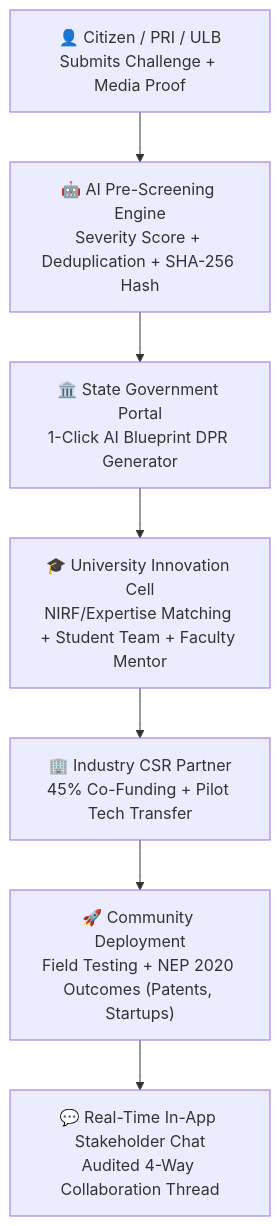
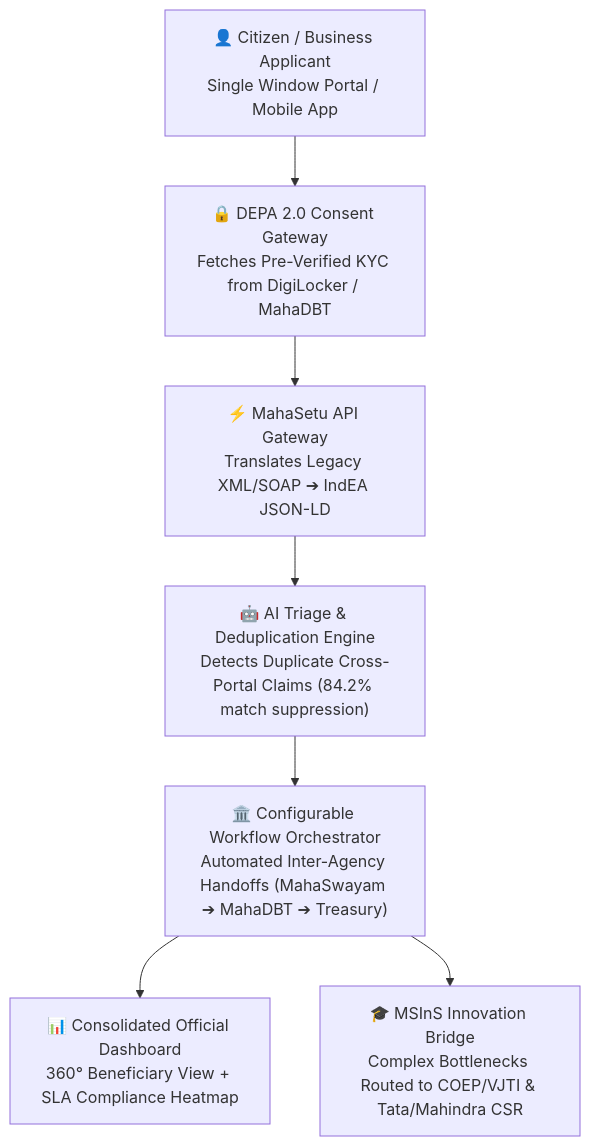
The diagram in sih_2026_submission_attachments/SIH2026_File1_Project_Datasheet.md (SreeNaresh1/SIH_129), drawn with Mermaid before and after one commit. The commit also changed other lines of this file and 63 other files, not shown here.

First line of the commit message:
feat: complete transition to SIH Problem Statement 26129 - MahaSetu Government Interoperability Platform

````diff
--- a/sih_2026_submission_attachments/SIH2026_File1_Project_Datasheet.md
+++ b/sih_2026_submission_attachments/SIH2026_File1_Project_Datasheet.md
@@ -48,9 +58,9 @@
 ```mermaid
 graph TD
-    A["👤 Citizen / PRI / ULB<br/>Submits Challenge + Media Proof"] --> B["🤖 AI Pre-Screening Engine<br/>Severity Score + Deduplication + SHA-256 Hash"]
-    B --> C["🏛️ State Government Portal<br/>1-Click AI Blueprint DPR Generator"]
-    C --> D["🎓 University Innovation Cell<br/>NIRF/Expertise Matching + Student Team + Faculty Mentor"]
-    D --> E["🏢 Industry CSR Partner<br/>45% Co-Funding + Pilot Tech Transfer"]
-    E --> F["🚀 Community Deployment<br/>Field Testing + NEP 2020 Outcomes (Patents, Startups)"]
-    F --> G["💬 Real-Time In-App Stakeholder Chat<br/>Audited 4-Way Collaboration Thread"]
+    A["👤 Citizen / Business Applicant<br/>Single Window Portal / Mobile App"] --> B["🔒 DEPA 2.0 Consent Gateway<br/>Fetches Pre-Verified KYC from DigiLocker / MahaDBT"]
+    B --> C["⚡ MahaSetu API Gateway<br/>Translates Legacy XML/SOAP ➔ IndEA JSON-LD"]
+    C --> D["🤖 AI Triage & Deduplication Engine<br/>Detects Duplicate Cross-Portal Claims (84.2% match suppression)"]
+    D --> E["🏛️ Configurable Workflow Orchestrator<br/>Automated Inter-Agency Handoffs (MahaSwayam ➔ MahaDBT ➔ Treasury)"]
+    E --> F["📊 Consolidated Official Dashboard<br/>360° Beneficiary View + SLA Compliance Heatmap"]
+    E --> G["🎓 MSInS Innovation Bridge<br/>Complex Bottlenecks Routed to COEP/VJTI & Tata/Mahindra CSR"]
 ```
````
